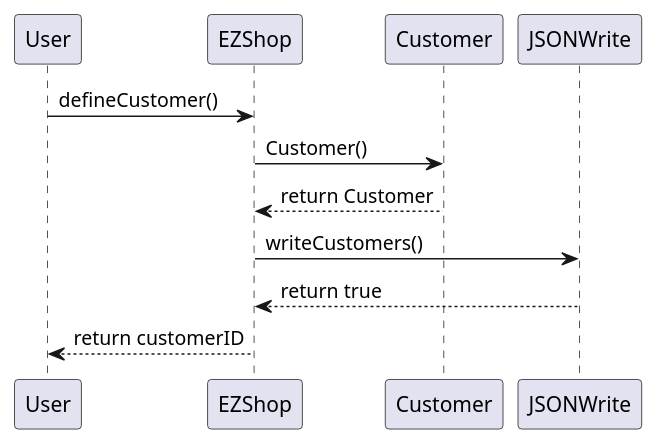
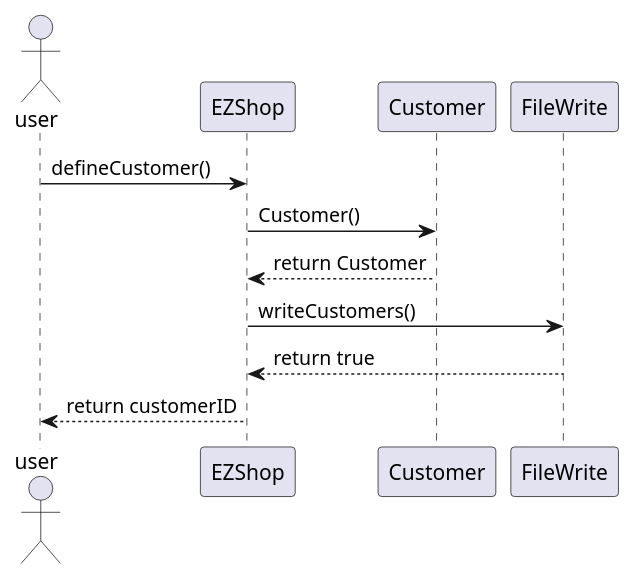
One commit to giuseppesalvi/ezshop changed diagram 12 of 28 in Deliverables/DesignDocument.md. Above: the diagram before and after it, drawn with PlantUML. The commit also changed other lines of this file, not shown here.

Commit message:
Update DesignDocument.md: sequence diagram, class diagram, package diagram

````diff
--- a/Deliverables/DesignDocument.md
+++ b/Deliverables/DesignDocument.md
@@ -425,14 +431,14 @@
 ```plantuml
 @startuml
-participant User
+actor user
 participant EZShop
 participant Customer
-participant JSONWrite
-User -> EZShop : defineCustomer()
+participant FileWrite
+user -> EZShop : defineCustomer()
 EZShop -> Customer : Customer()
 EZShop <-- Customer : return Customer
-EZShop -> JSONWrite : writeCustomers()
-EZShop <-- JSONWrite : return true
-User <-- EZShop : return customerID
+EZShop -> FileWrite : writeCustomers()
+EZShop <-- FileWrite : return true
+user <-- EZShop : return customerID
 @enduml
 ```
````
